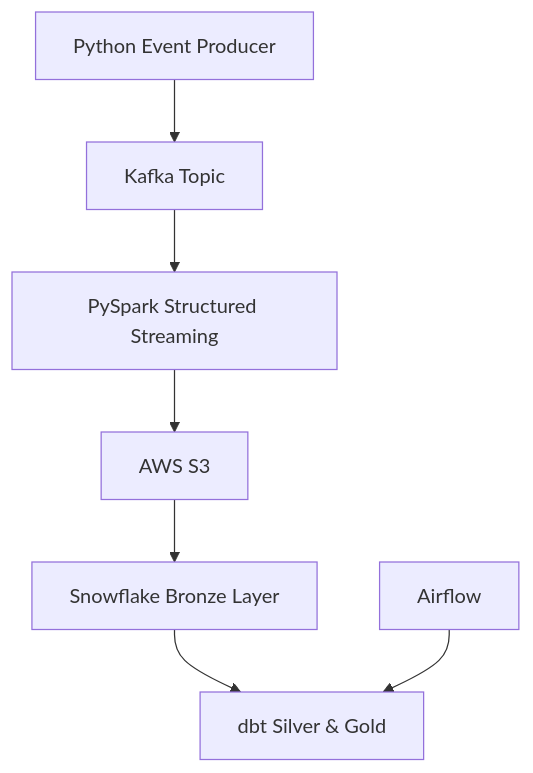
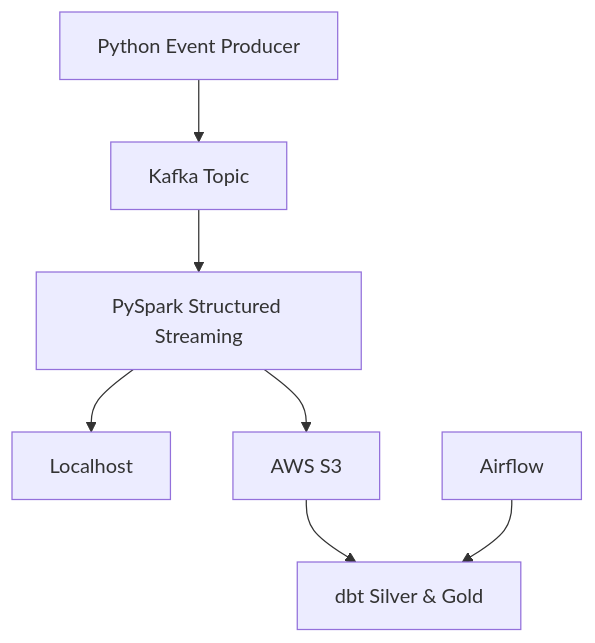
One commit to F-iol/Lakehouse-Pipeline changed the diagram in README.md. Above: the diagram before and after it, drawn with Mermaid. The commit also changed 1 other file, not shown here.

Commit message:
modify readme and .gitignore

````diff
--- a/README.md
+++ b/README.md
@@ -6,9 +6,9 @@
 ```mermaid
 flowchart TD
     A[Python Event Producer] --> B[Kafka Topic]
     B --> C[PySpark Structured Streaming]
-    C --> D[AWS S3]
-    D --> E[Snowflake Bronze Layer]
+    C --> D[Localhost]
+    C --> E[AWS S3]
     E --> F[dbt Silver & Gold]
     G[Airflow] --> F
 ```
````
